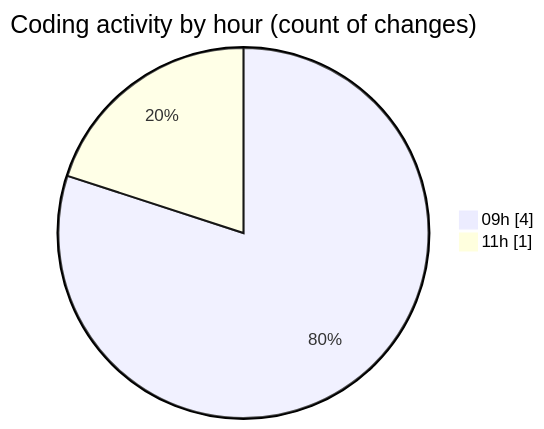
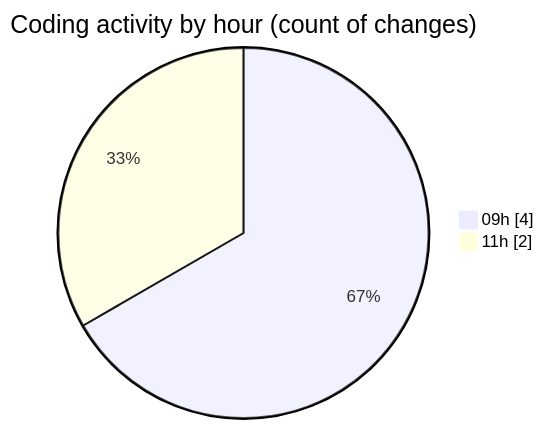
The second of 2 diagrams in 2026-06-09/cilapp/README.md (ricardozamudiocil/code-tracking), drawn with Mermaid before and after one commit. The commit also changed other lines of this file and 1 other file, not shown here.

````diff
--- a/2026-06-09/cilapp/README.md
+++ b/2026-06-09/cilapp/README.md
@@ -33,6 +34,6 @@
 ```mermaid
 pie showData
 title Coding activity by hour (count of changes)
 "09h" : 4
-"11h" : 1
+"11h" : 2
 ```
````
